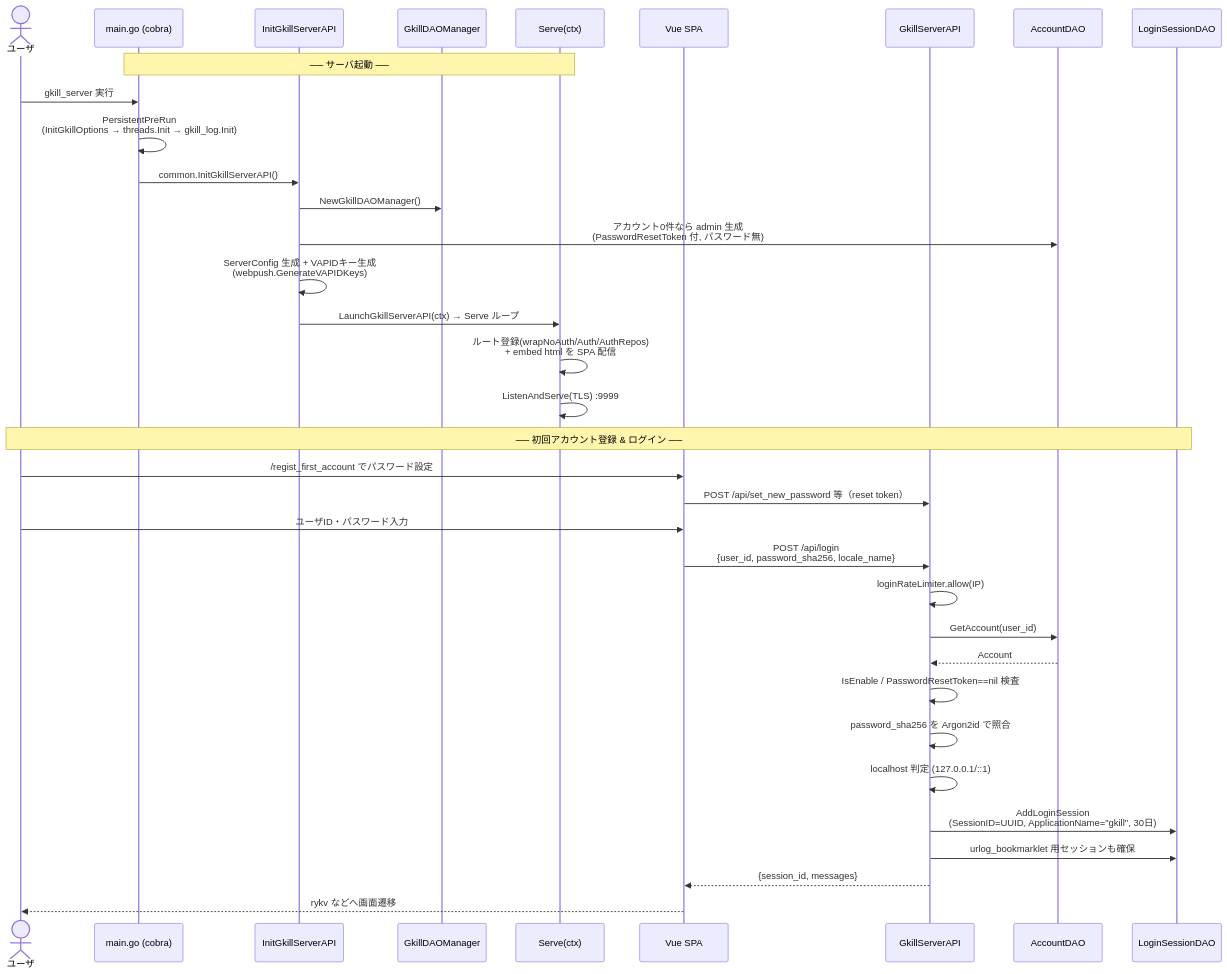
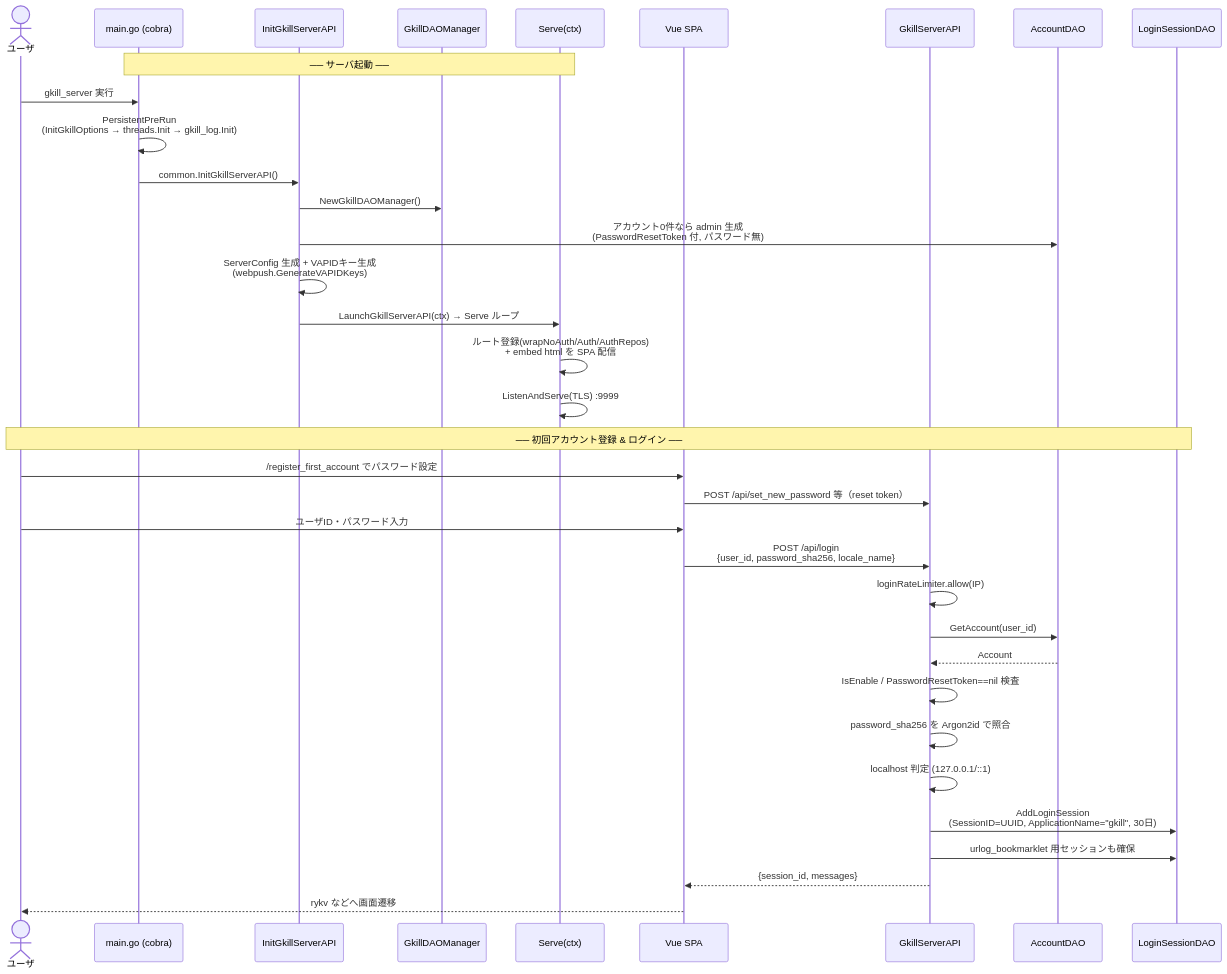
One commit to mt3hr/gkill changed the fourth of 25 diagrams in documents/reverse/scenario.md. Above: the diagram before and after it, drawn with Mermaid. The commit also changed 55 other files, not shown here.

First line of the commit message:
Fix regist を register に改名しルートは旧パスからリダイレクトする

````diff
--- a/documents/reverse/scenario.md
+++ b/documents/reverse/scenario.md
@@ -143,39 +143,39 @@
 ```mermaid
 sequenceDiagram
     actor User as ユーザ
     participant Main as main.go (cobra)
     participant Init as InitGkillServerAPI
     participant DAOM as GkillDAOManager
     participant Serve as Serve(ctx)
     participant UI as Vue SPA
     participant API as GkillServerAPI
     participant AccDAO as AccountDAO
     participant SesDAO as LoginSessionDAO
 
     Note over Main,Serve: ── サーバ起動 ──
     User->>Main: gkill_server 実行
     Main->>Main: PersistentPreRun<br>(InitGkillOptions → threads.Init → gkill_log.Init)
     Main->>Init: common.InitGkillServerAPI()
     Init->>DAOM: NewGkillDAOManager()
     Init->>AccDAO: アカウント0件なら admin 生成<br>(PasswordResetToken 付, パスワード無)
     Init->>Init: ServerConfig 生成 + VAPIDキー生成<br>(webpush.GenerateVAPIDKeys)
     Init->>Serve: LaunchGkillServerAPI(ctx) → Serve ループ
     Serve->>Serve: ルート登録(wrapNoAuth/Auth/AuthRepos)<br>+ embed html を SPA 配信
     Serve->>Serve: ListenAndServe(TLS) :9999
 
     Note over User,SesDAO: ── 初回アカウント登録 & ログイン ──
-    User->>UI: /regist_first_account でパスワード設定
+    User->>UI: /register_first_account でパスワード設定
     UI->>API: POST /api/set_new_password 等（reset token）
     User->>UI: ユーザID・パスワード入力
     UI->>API: POST /api/login<br>{user_id, password_sha256, locale_name}
     API->>API: loginRateLimiter.allow(IP)
     API->>AccDAO: GetAccount(user_id)
     AccDAO-->>API: Account
     API->>API: IsEnable / PasswordResetToken==nil 検査
     API->>API: password_sha256 を Argon2id で照合
     API->>API: localhost 判定 (127.0.0.1/::1)
     API->>SesDAO: AddLoginSession<br>(SessionID=UUID, ApplicationName="gkill", 30日)
     API->>SesDAO: urlog_bookmarklet 用セッションも確保
     API-->>UI: {session_id, messages}
     UI-->>User: rykv などへ画面遷移
 ```
````
